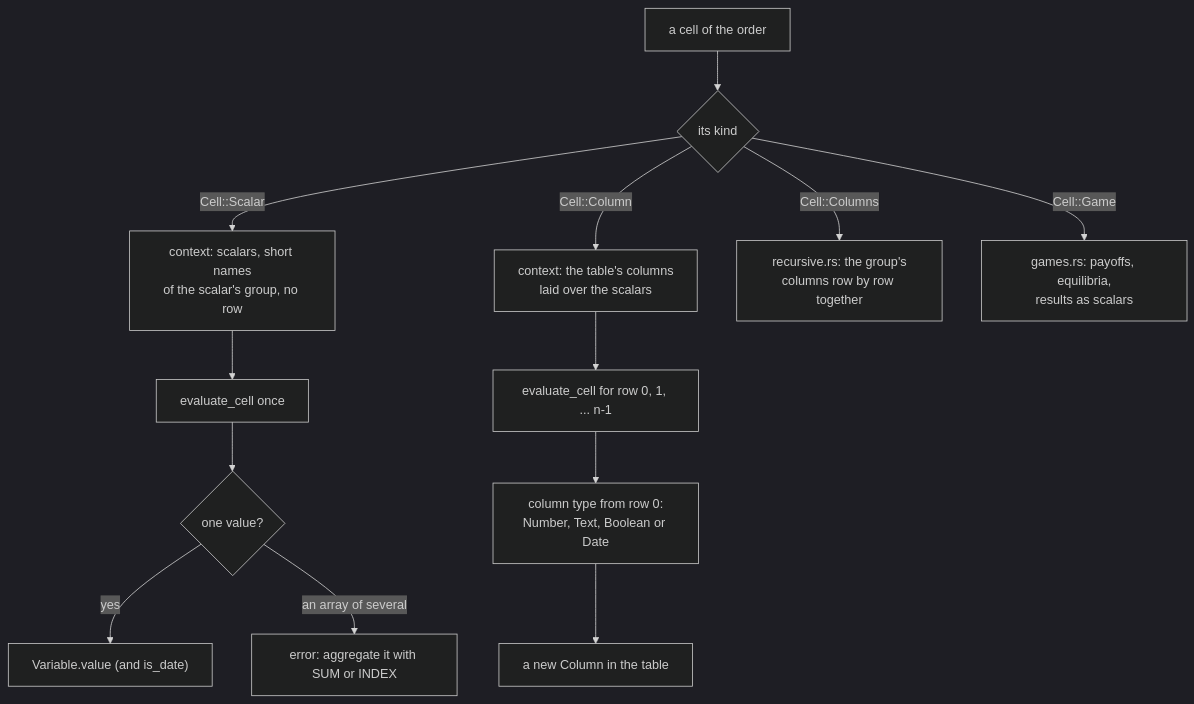
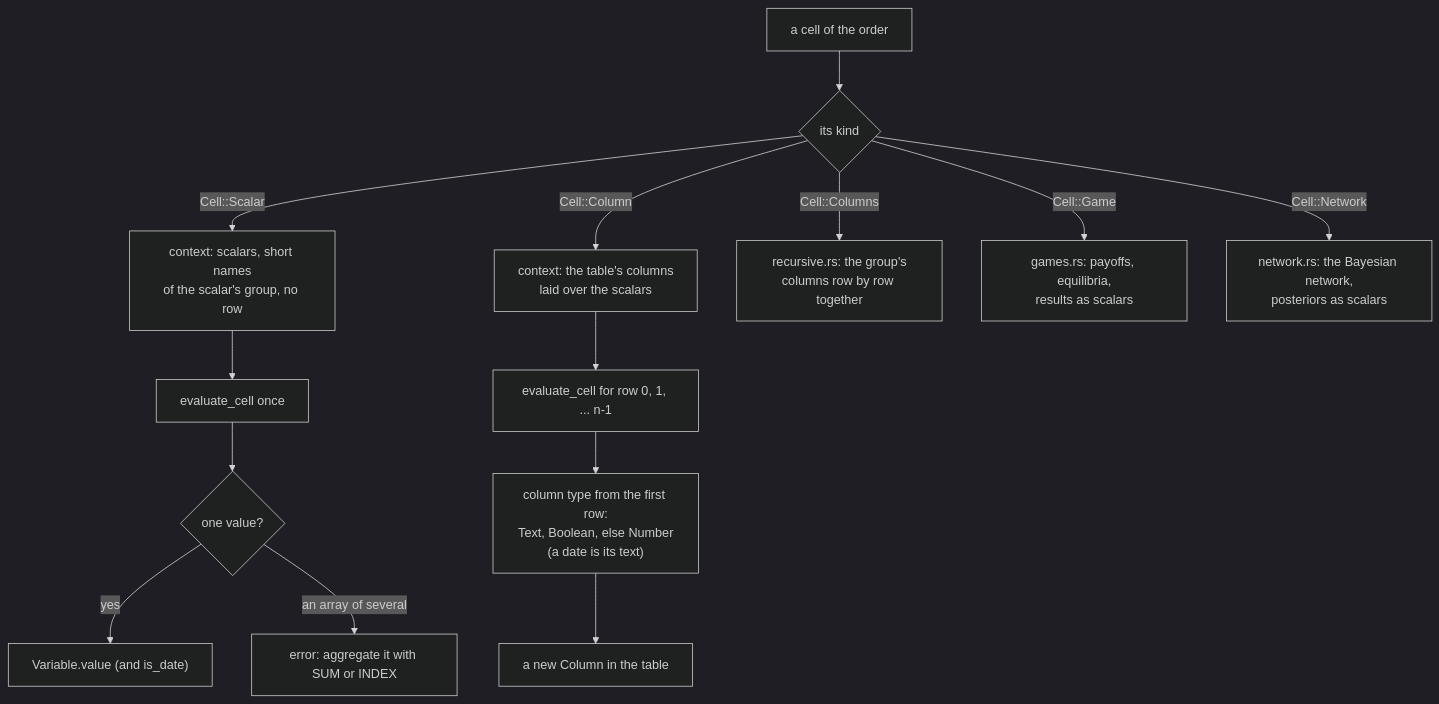
The third of 5 diagrams in docs/architecture/03-FORMULA-EVALUATION.md (mollendorff-ai/forge), drawn with Mermaid (dark theme) before and after one commit. The commit also changed other lines of this file and 6 other files, not shown here.

First line of the commit message:
Docs: architecture pages 00, 03, 05, 08 and 10 checked against the code

````diff
--- a/docs/architecture/03-FORMULA-EVALUATION.md
+++ b/docs/architecture/03-FORMULA-EVALUATION.md
@@ -83,15 +85,16 @@
 ```mermaid
 flowchart TB
     cell["a cell of the order"] --> kind{"its kind"}
     kind -- "Cell::Scalar" --> sctx["context: scalars, short names<br/>of the scalar's group, no row"]
     sctx --> seval["evaluate_cell once"]
     seval --> one{"one value?"}
     one -- yes --> store1["Variable.value (and is_date)"]
     one -- "an array of several" --> err1["error: aggregate it with SUM or INDEX"]
     kind -- "Cell::Column" --> rctx["context: the table's columns<br/>laid over the scalars"]
     rctx --> loop["evaluate_cell for row 0, 1, ... n-1"]
-    loop --> typ["column type from row 0:<br/>Number, Text, Boolean or Date"]
+    loop --> typ["column type from the first row:<br/>Text, Boolean, else Number<br/>(a date is its text)"]
     typ --> store2["a new Column in the table"]
     kind -- "Cell::Columns" --> rec["recursive.rs: the group's<br/>columns row by row together"]
     kind -- "Cell::Game" --> game["games.rs: payoffs, equilibria,<br/>results as scalars"]
+    kind -- "Cell::Network" --> net["network.rs: the Bayesian network,<br/>posteriors as scalars"]
 ```
````
